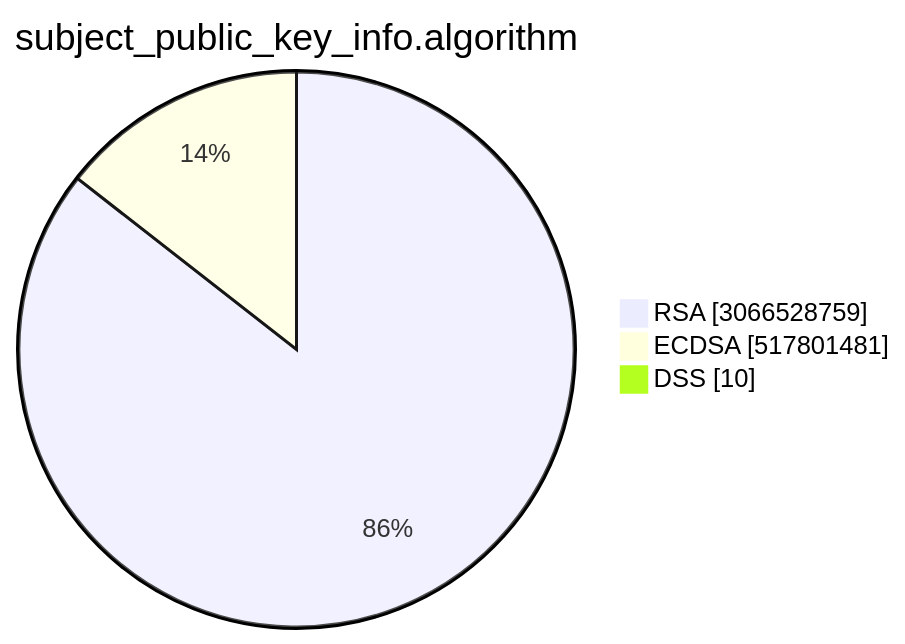
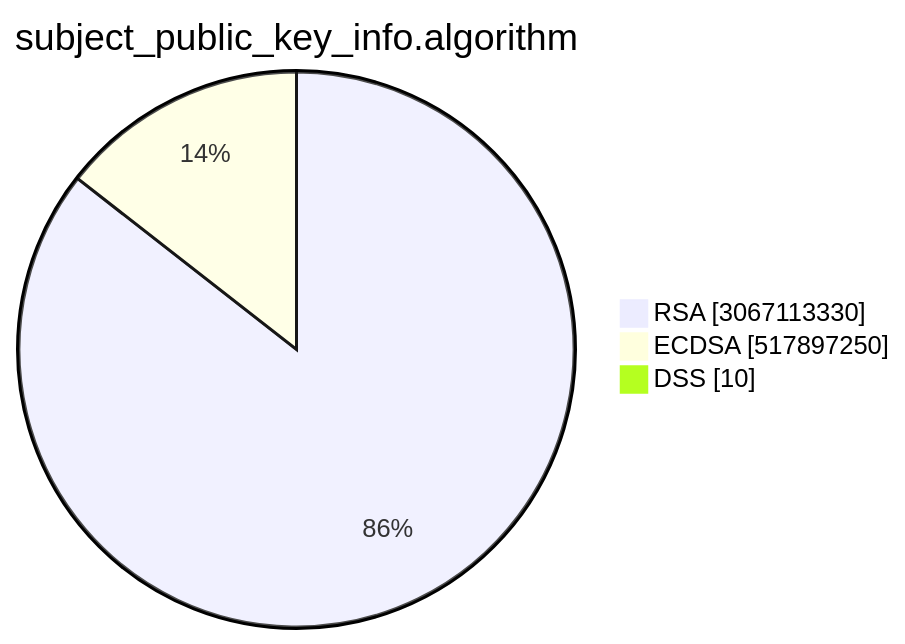
One commit to christiankrug/ctmonitor_visualization changed the second of 15 diagrams in TOTAL/README.md. Above: the diagram before and after it, drawn with Mermaid. The commit also changed other lines of this file, not shown here.

````diff
--- a/TOTAL/README.md
+++ b/TOTAL/README.md
@@ -6,7 +6,7 @@
 ```mermaid
 pie showData
 title subject_public_key_info.algorithm
-"RSA" :3066528759
-"ECDSA" :517801481
+"RSA" :3067113330
+"ECDSA" :517897250
 "DSS" :10
 ```
````
